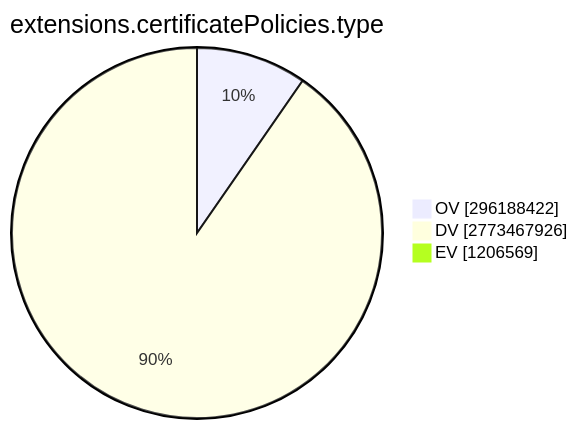
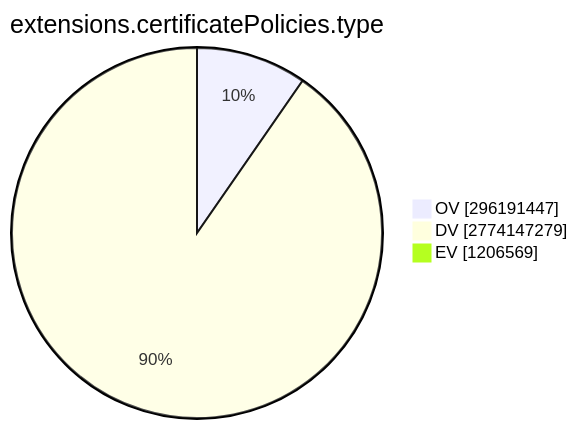
Before and after one commit to christiankrug/ctmonitor_visualization: the ninth of 15 diagrams in TOTAL/README.md, drawn with Mermaid. The commit also changed other lines of this file, not shown here.

````diff
--- a/TOTAL/README.md
+++ b/TOTAL/README.md
@@ -3099,7 +3099,7 @@
 ```mermaid
 pie showData
 title extensions.certificatePolicies.type
-"OV" :296188422
-"DV" :2773467926
+"OV" :296191447
+"DV" :2774147279
 "EV" :1206569
 ```
````
